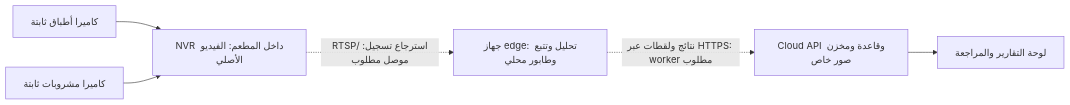
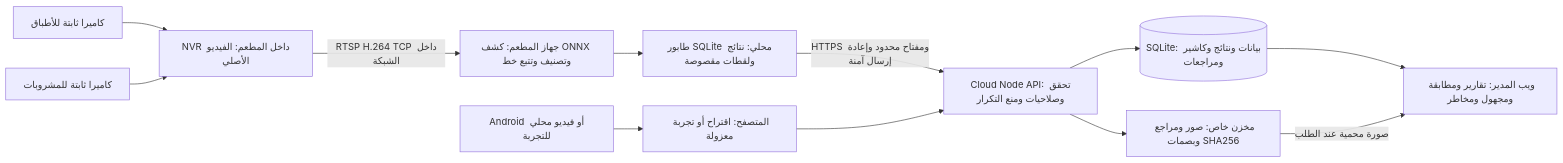
The diagram in docs/PROJECT_REVIEW.md (Pro252-g/priv), drawn with Mermaid before and after one commit. The commit also changed other lines of this file and 84 other files, not shown here.

````diff
--- a/docs/PROJECT_REVIEW.md
+++ b/docs/PROJECT_REVIEW.md
@@ -46,8 +19,14 @@
 ```mermaid
 flowchart LR
-  A["كاميرا أطباق ثابتة"] --> N["NVR داخل المطعم: الفيديو الأصلي"]
-  B["كاميرا مشروبات ثابتة"] --> N
-  N -. "RTSP/استرجاع تسجيل: موصل مطلوب" .-> E["جهاز edge: تحليل وتتبع وطابور محلي"]
-  E -. "نتائج ولقطات عبر HTTPS: worker مطلوب" .-> C["Cloud API وقاعدة ومخزن صور خاص"]
-  C --> W["لوحة التقارير والمراجعة"]
+  F[كاميرا ثابتة للأطباق] --> N[NVR داخل المطعم: الفيديو الأصلي]
+  D[كاميرا ثابتة للمشروبات] --> N
+  N -->|RTSP H.264 TCP داخل الشبكة| E[جهاز المطعم: كشف ONNX وتصنيف وتتبع خط]
+  E --> Q[طابور SQLite محلي: نتائج ولقطات مقصوصة]
+  Q -->|HTTPS ومفتاح محدود وإعادة إرسال آمنة| A[Cloud Node API: تحقق وصلاحيات ومنع التكرار]
+  A --> DB[(SQLite: بيانات ونتائج وكاشير ومراجعات)]
+  A --> M[مخزن خاص: صور ومراجع وبصمات SHA256]
+  DB --> W[ويب المدير: تقارير ومطابقة ومجهول ومخاطر]
+  M -->|صورة محمية عند الطلب| W
+  P[Android أو فيديو محلي للتجربة] --> B[المتصفح: اقتراح أو تجربة معزولة]
+  B --> A
 ```
````
